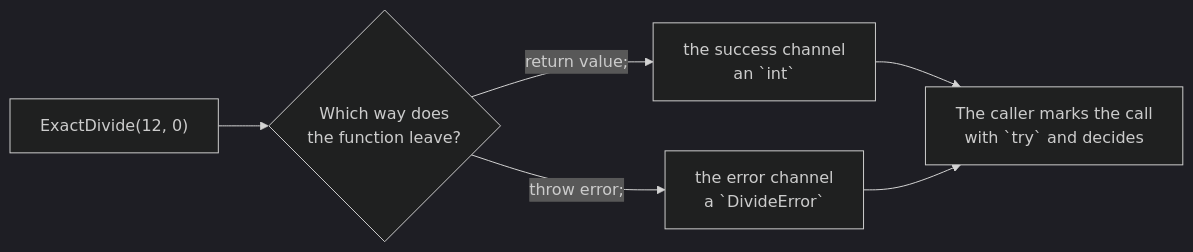
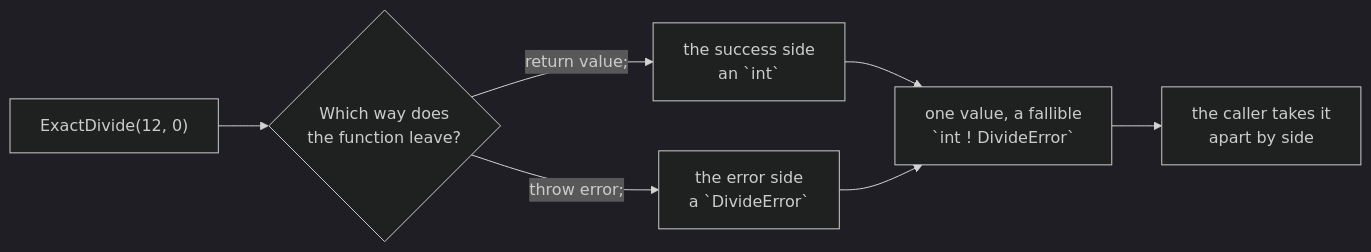
One commit to rux-lang/Web changed the diagram in content/docs/1.learn/09.errors/01.fallible.md. Above: the diagram before and after it, drawn with Mermaid (dark theme). The commit also changed other lines of this file and 16 other files, not shown here.

First line of the commit message:
Rewrite the Errors lessons for fallible values and the error forms

````diff
--- a/content/docs/1.learn/09.errors/01.fallible.md
+++ b/content/docs/1.learn/09.errors/01.fallible.md
@@ -64,8 +64,9 @@
 ```mermaid
 flowchart LR
     invoke["`ExactDivide(12, 0)`"] --> body{"Which way does<br/>the function leave?"}
-    body -- "`return value;`" --> s["the success channel<br/>an `int`"]
-    body -- "`throw error;`" --> f["the error channel<br/>a `DivideError`"]
-    s --> caller["The caller marks the call<br/>with `try` and decides"]
-    f --> caller
+    body -- "`return value;`" --> s["the success side<br/>an `int`"]
+    body -- "`throw error;`" --> f["the error side<br/>a `DivideError`"]
+    s --> fal["one value, a fallible<br/>`int ! DivideError`"]
+    f --> fal
+    fal --> caller["the caller takes it<br/>apart by side"]
 ```
````
